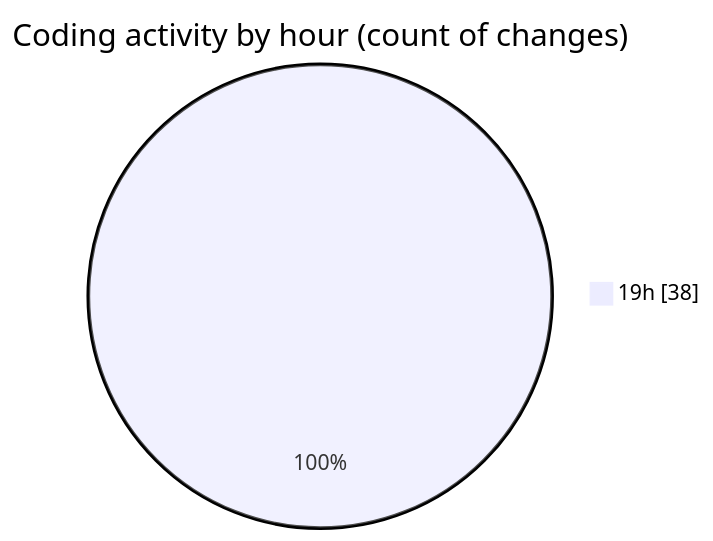
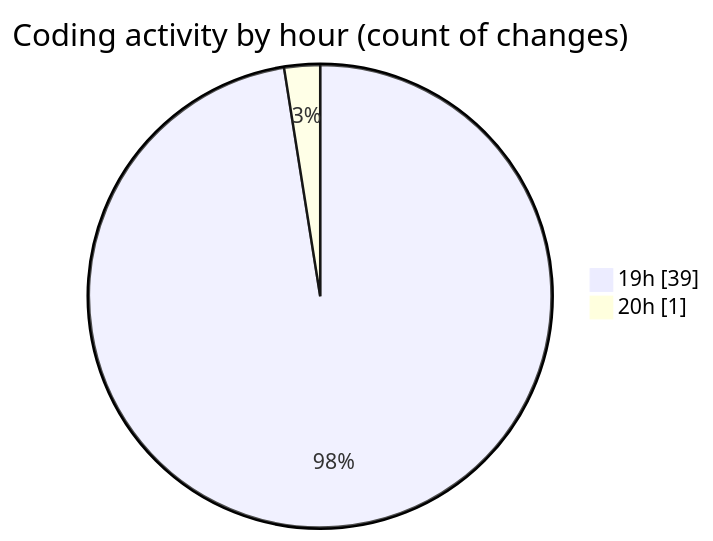
The second of 2 diagrams in 2026-06-16/cda/README.md (momahboobian/code-tracking), drawn with Mermaid before and after one commit. The commit also changed other lines of this file and 1 other file, not shown here.

````diff
--- a/2026-06-16/cda/README.md
+++ b/2026-06-16/cda/README.md
@@ -46,5 +46,6 @@
 ```mermaid
 pie showData
 title Coding activity by hour (count of changes)
-"19h" : 38
+"19h" : 39
+"20h" : 1
 ```
````
